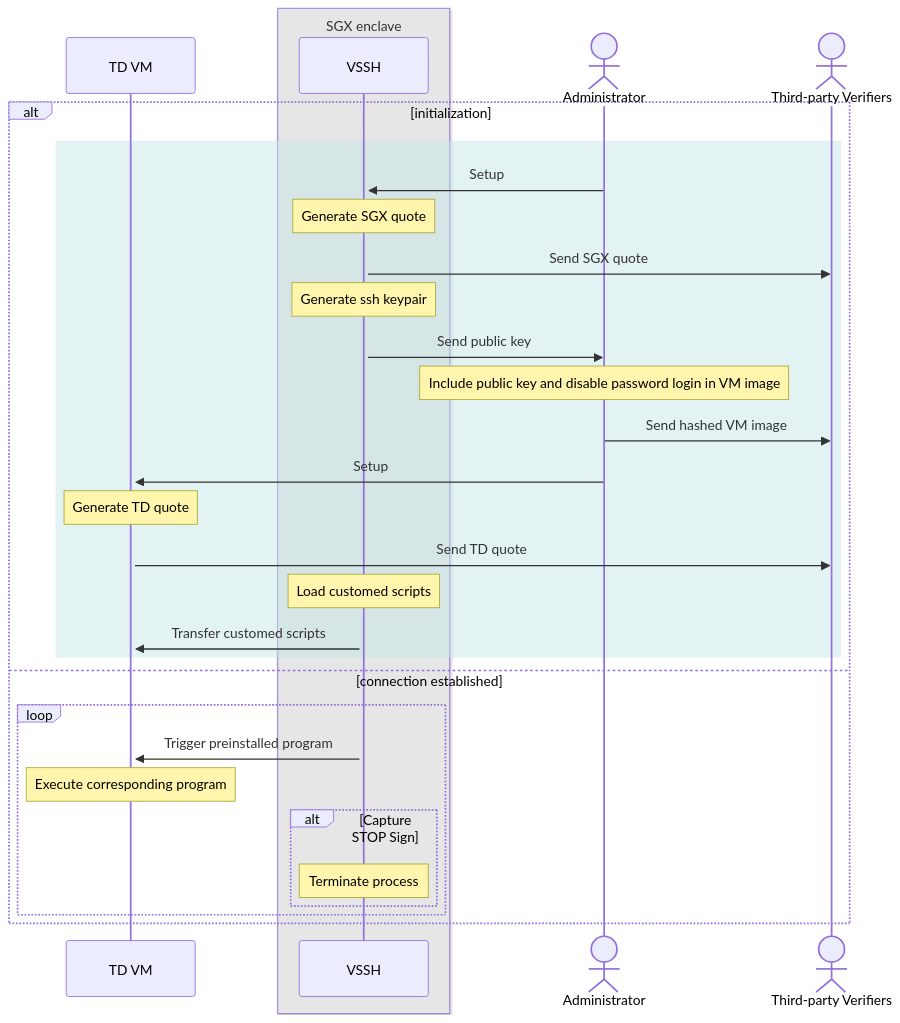
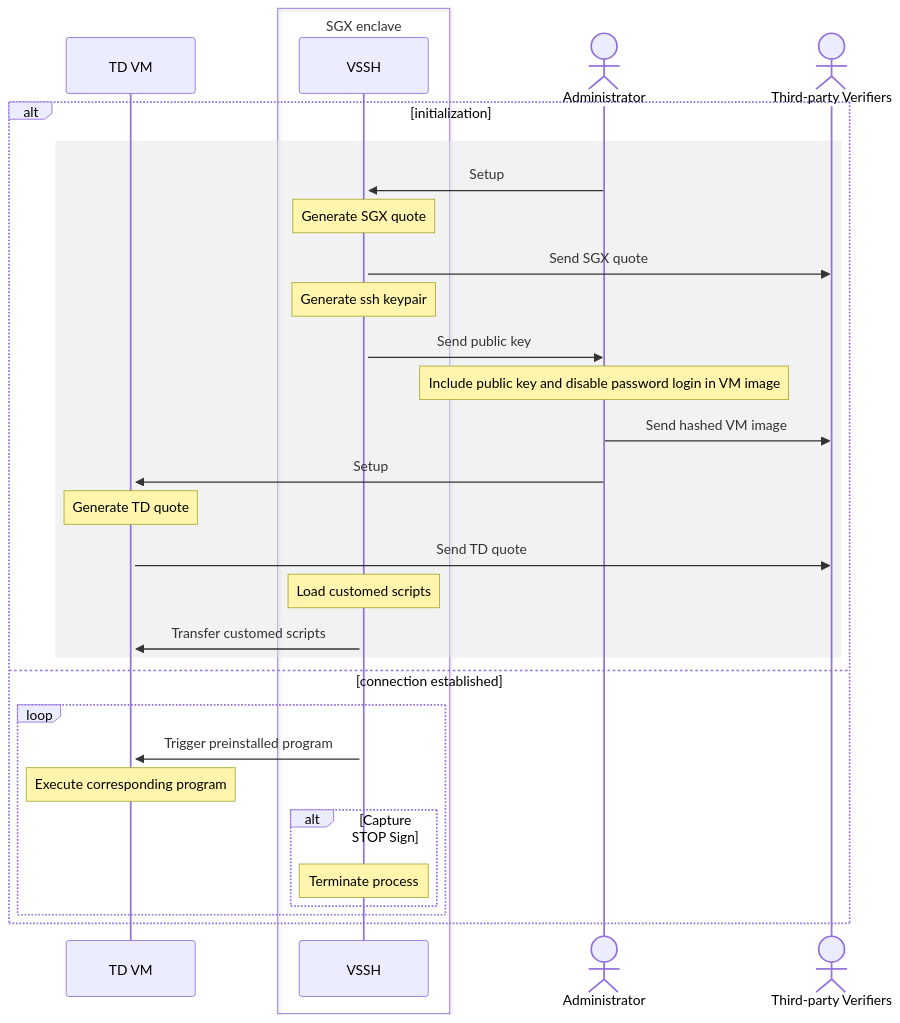
The diagram in README.md (elvis77-op/Verifiable_SSH), drawn with Mermaid before and after one commit.

````diff
--- a/README.md
+++ b/README.md
@@ -15,35 +15,35 @@
 ```mermaid
 sequenceDiagram
     participant TDVM as TD VM
-    box rgb(230,230,230) SGX enclave
+    box transparent SGX enclave
         participant VSSH as VSSH
     end
     actor ADMIN as Administrator
     actor VF as Third-party Verifiers
 
     alt initialization
-    rect rgb(200,230,230,0.5)
+    rect rgb(230,230,230,0.5)
         ADMIN->>+VSSH: Setup
         Note over VSSH: Generate SGX quote
         VSSH->>VF: Send SGX quote
         Note over VSSH: Generate ssh keypair
         VSSH->>ADMIN: Send public key
         Note over ADMIN: Include public key and disable password login in VM image
         ADMIN->>VF: Send hashed VM image
         ADMIN->>+TDVM: Setup
         Note over TDVM: Generate TD quote
         TDVM->>VF: Send TD quote
         Note over VSSH: Load customed scripts 
         VSSH->>TDVM: Transfer customed scripts
     end
 
     else connection established
         loop 
             VSSH->>TDVM: Trigger preinstalled program
             Note over TDVM: Execute corresponding program
             alt Capture STOP Sign
             Note over VSSH: Terminate process
             end
         end
     end
 ```
````
